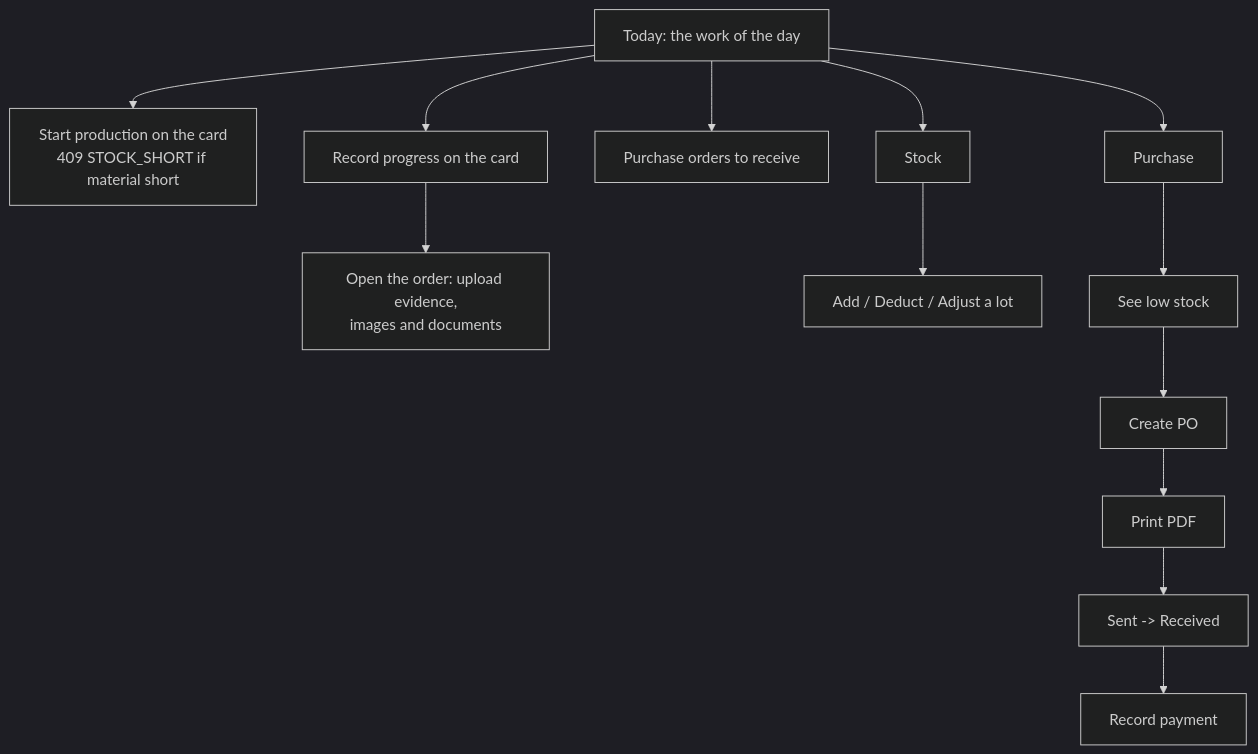
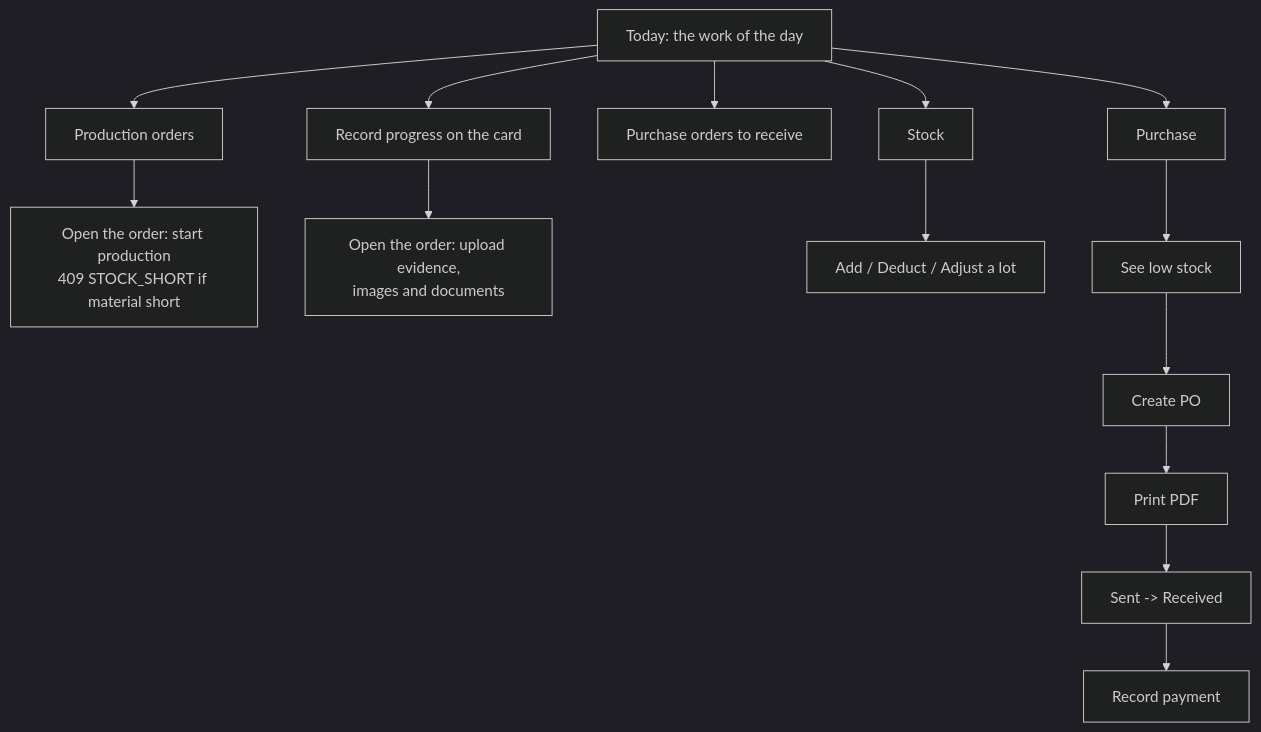
The second of 4 diagrams in ProjectdocInfo/User Flow.md (Detmon0410/Base_Sample_ERP), drawn with Mermaid (dark theme) before and after one commit. The commit also changed 2 other files, not shown here.

Commit message:
User Flow.md: a Factory Worker starts production on the order page, not on the Today card
The start left the Today page in 423c03b ("no To start group, the start is on
the order page"): the Factory Worker opens Production orders, then the order,
and starts it there (409 STOCK_SHORT when a material is short). Every other step
of the four charts was checked against the app. The User Flow page follows; the
Japanese of the new words.

````diff
--- a/ProjectdocInfo/User Flow.md
+++ b/ProjectdocInfo/User Flow.md
@@ -21,15 +21,16 @@
 ```mermaid
 flowchart TD
-    D[Today: the work of the day] --> O2[Start production on the card<br/>409 STOCK_SHORT if material short]
+    D[Today: the work of the day] --> L[Production orders]
+    L --> O2[Open the order: start production<br/>409 STOCK_SHORT if material short]
     D --> O3[Record progress on the card]
     O3 --> O4[Open the order: upload evidence,<br/>images and documents]
     D --> R[Purchase orders to receive]
     D --> S[Stock]
     S --> S1[Add / Deduct / Adjust a lot]
     D --> P[Purchase]
     P --> P1[See low stock]
     P1 --> P2[Create PO]
     P2 --> P3[Print PDF]
     P3 --> P4[Sent -> Received]
     P4 --> P5[Record payment]
 ```
````
